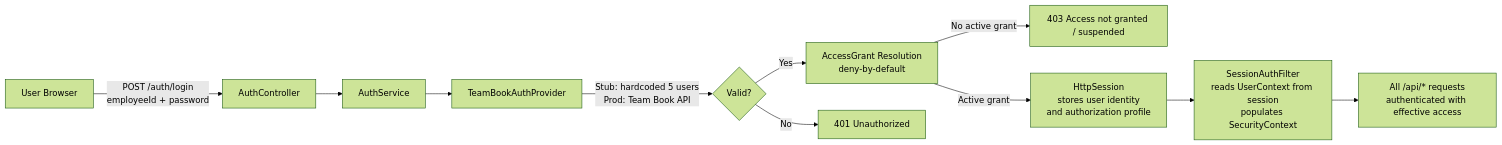
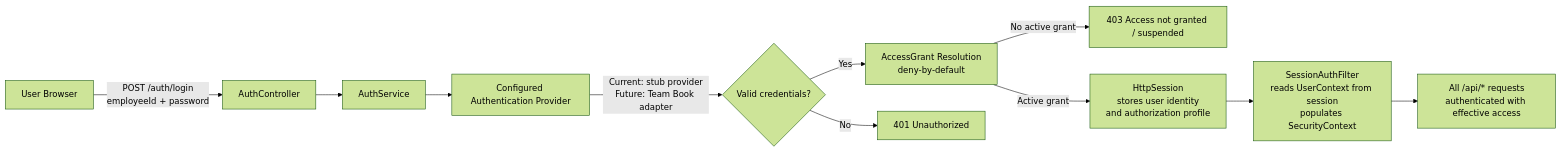
The fifth of 9 diagrams in docs/04-architecture/data-flow.md (wwa-lab/deployment-agent), drawn with Mermaid (forest theme) before and after one commit. The commit also changed other lines of this file and 11 other files, not shown here.

````diff
--- a/docs/04-architecture/data-flow.md
+++ b/docs/04-architecture/data-flow.md
@@ -171,15 +174,15 @@
 ```mermaid
 flowchart LR
-    User[User Browser] -->|POST /auth/login<br/>employeeId + password| Auth[AuthController]
-    Auth --> AS[AuthService]
-    AS --> TB[TeamBookAuthProvider]
-    TB -->|Stub: hardcoded 5 users<br/>Prod: Team Book API| Validate{Valid?}
+    User["User Browser"] -->|POST /auth/login<br/>employeeId + password| Auth["AuthController"]
+    Auth --> AS["AuthService"]
+    AS --> Provider["Configured Authentication Provider"]
+    Provider -->|Current: stub provider<br/>Future: Team Book adapter| Validate{"Valid credentials?"}
     Validate -->|Yes| AG[AccessGrant Resolution<br/>deny-by-default]
     Validate -->|No| Err[401 Unauthorized]
 
     AG -->|No active grant| Forbidden[403 Access not granted / suspended]
     AG -->|Active grant| Session[HttpSession<br/>stores user identity<br/>and authorization profile]
 
     Session --> SF[SessionAuthFilter<br/>reads UserContext from session<br/>populates SecurityContext]
     SF --> API[All /api/* requests<br/>authenticated with effective access]
 ```
````
